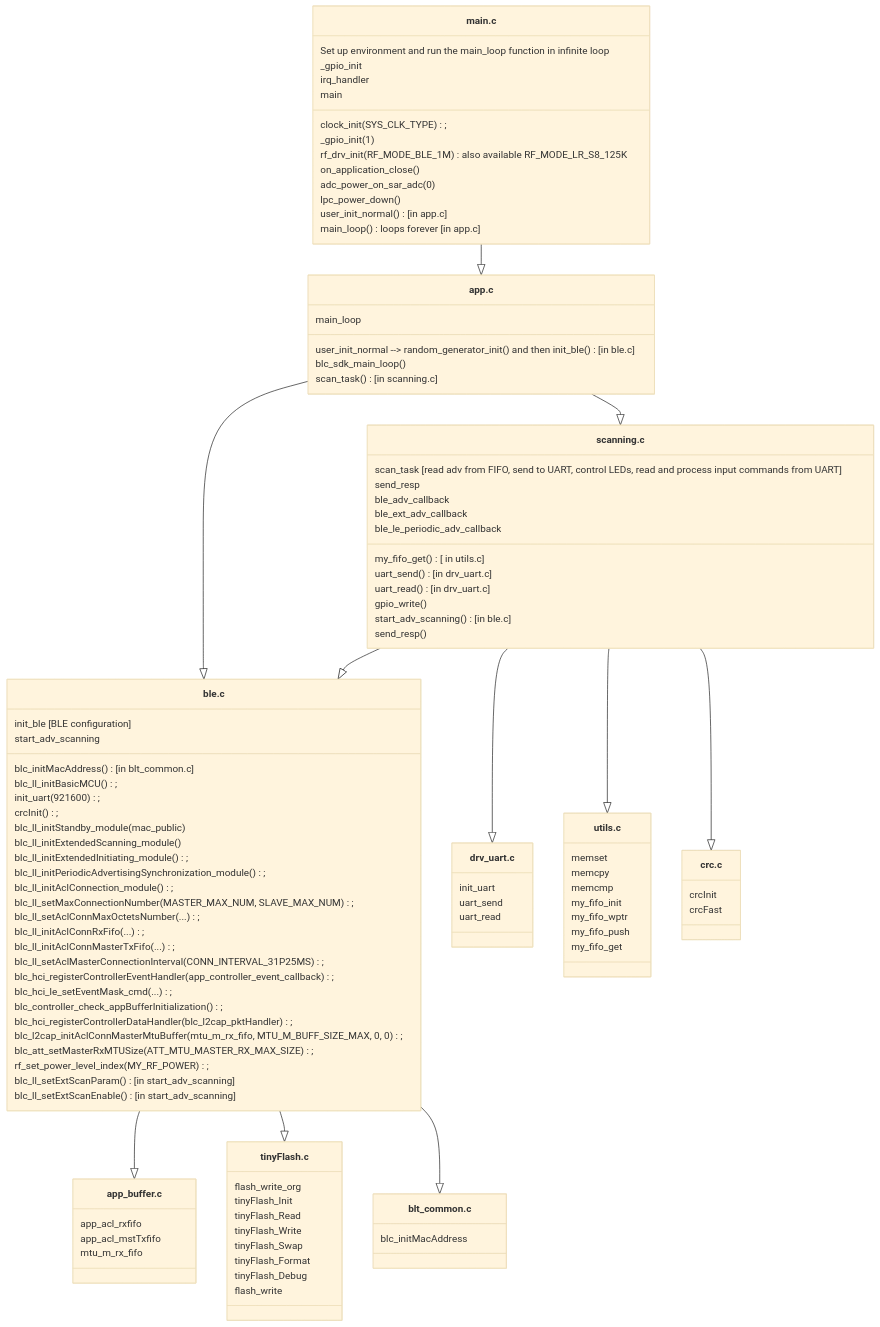
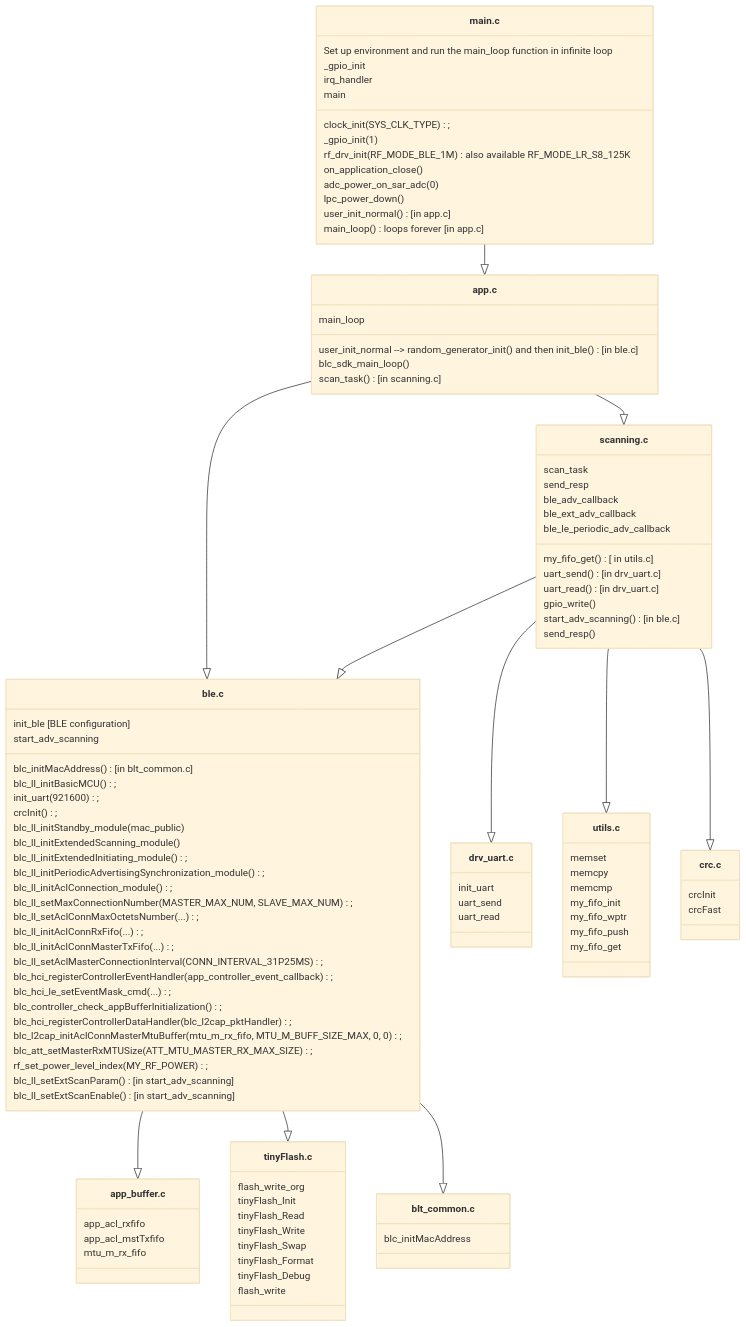
Before and after one commit to pvvx/ADV_BLE2UART: the second of 4 diagrams in README.md, drawn with Mermaid (base theme). The commit also changed other lines of this file and 8 other files, not shown here.

```diff
--- a/README.md
+++ b/README.md
@@ -527,8 +531,7 @@
 
     class scanning["scanning.c"]{
         %% Functions:
-        scan_task [read adv from FIFO, send to UART, control LEDs, read and process input commands from UART]
-
+        scan_task
         send_resp
 
         ble_adv_callback
```
